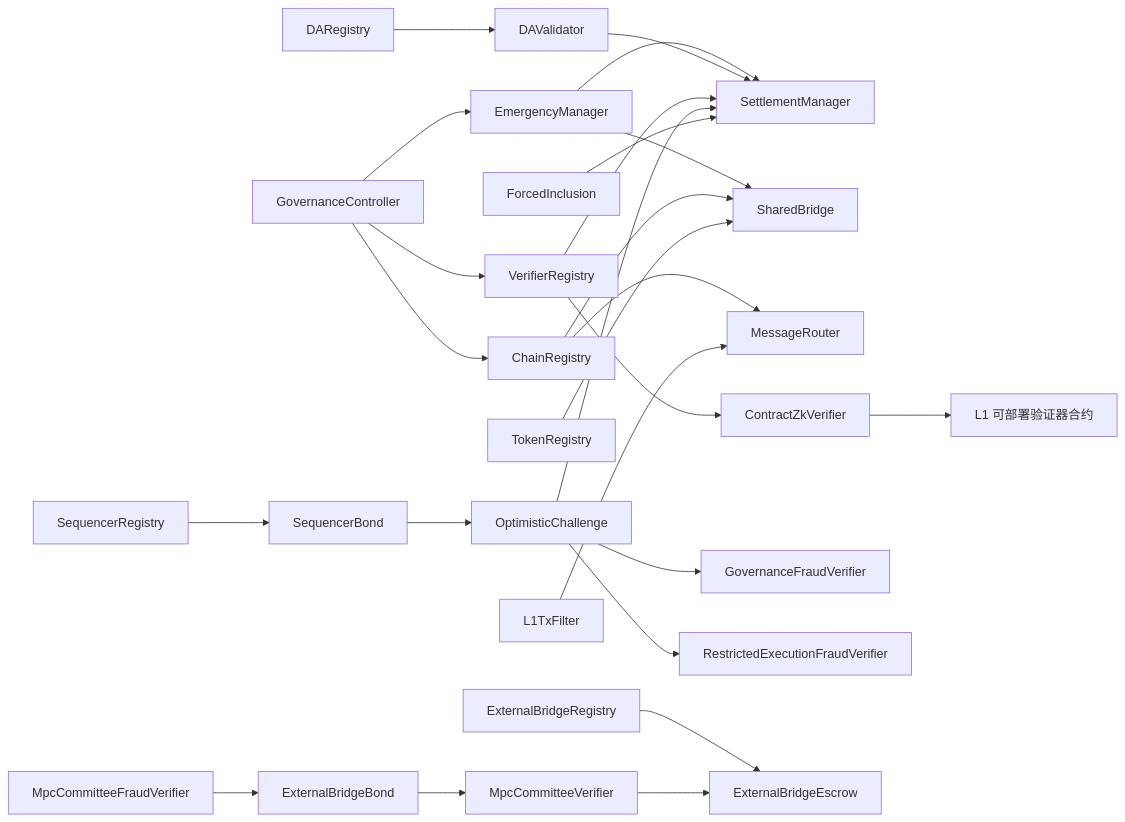
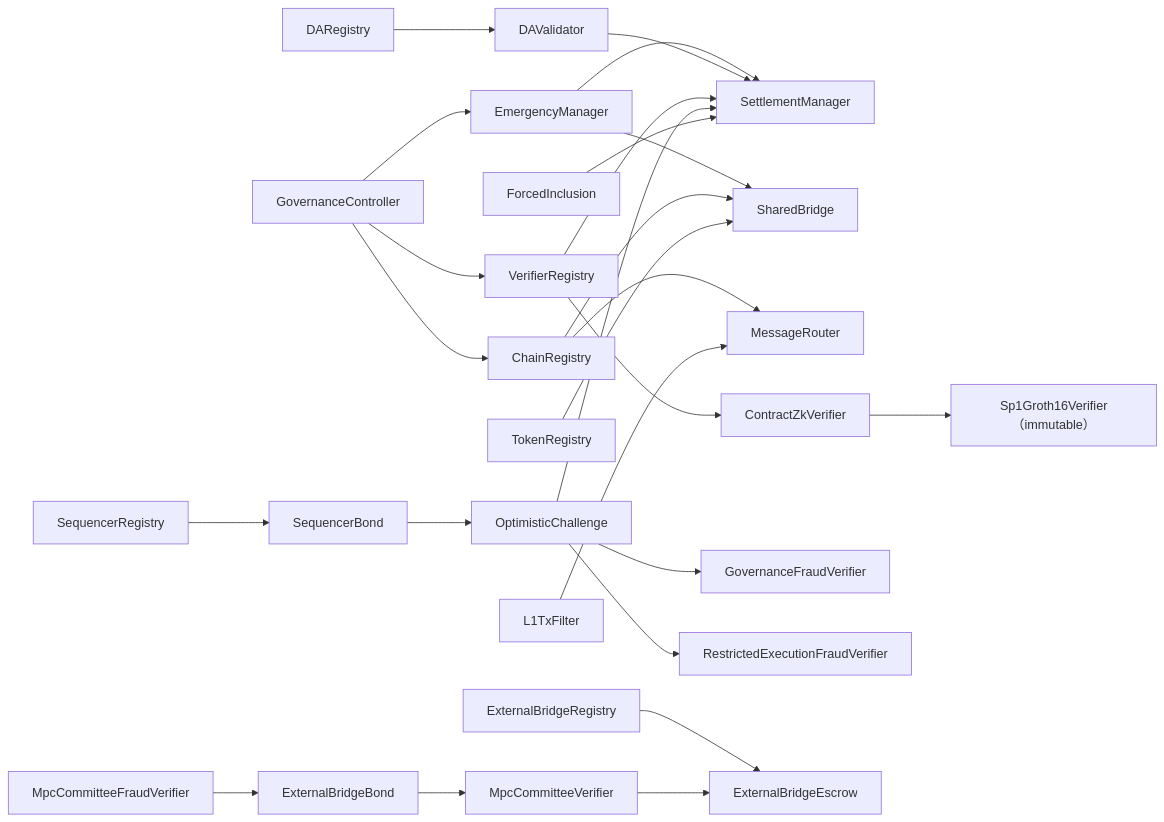
The second of 10 diagrams in docs/zh/neohub-architecture-and-workflows.md (r3e-network/neo-n4), drawn with Mermaid before and after one commit. The commit also changed other lines of this file and 559 other files, not shown here.

````diff
--- a/docs/zh/neohub-architecture-and-workflows.md
+++ b/docs/zh/neohub-architecture-and-workflows.md
@@ -117,32 +122,32 @@
 ```mermaid
 flowchart LR
     gov["GovernanceController"] --> chain["ChainRegistry"]
     gov --> verifiers["VerifierRegistry"]
     gov --> emergency["EmergencyManager"]
     emergency --> settle["SettlementManager"]
     emergency --> bridge["SharedBridge"]
 
     chain --> bridge
     chain --> msg["MessageRouter"]
     token["TokenRegistry"] --> bridge
 
     daReg["DARegistry"] --> daVal["DAValidator"]
     daVal --> settle
     verifiers --> settle
     verifiers --> nativeZk["ContractZkVerifier"]
-    nativeZk --> nativeAcc["L1 可部署验证器合约"]
+    nativeZk --> sp1["Sp1Groth16Verifier（immutable）"]
 
     seqReg["SequencerRegistry"] --> bond["SequencerBond"]
     bond --> challenge["OptimisticChallenge"]
     challenge --> settle
     challenge --> govFraud["GovernanceFraudVerifier"]
     challenge --> rexFraud["RestrictedExecutionFraudVerifier"]
 
     force["ForcedInclusion"] --> settle
     filter["L1TxFilter"] --> msg
 
     extReg["ExternalBridgeRegistry"] --> extEscrow["ExternalBridgeEscrow"]
     extBond["ExternalBridgeBond"] --> mpc["MpcCommitteeVerifier"]
     mpc --> extEscrow
     extFraud["MpcCommitteeFraudVerifier"] --> extBond
 ```
````
